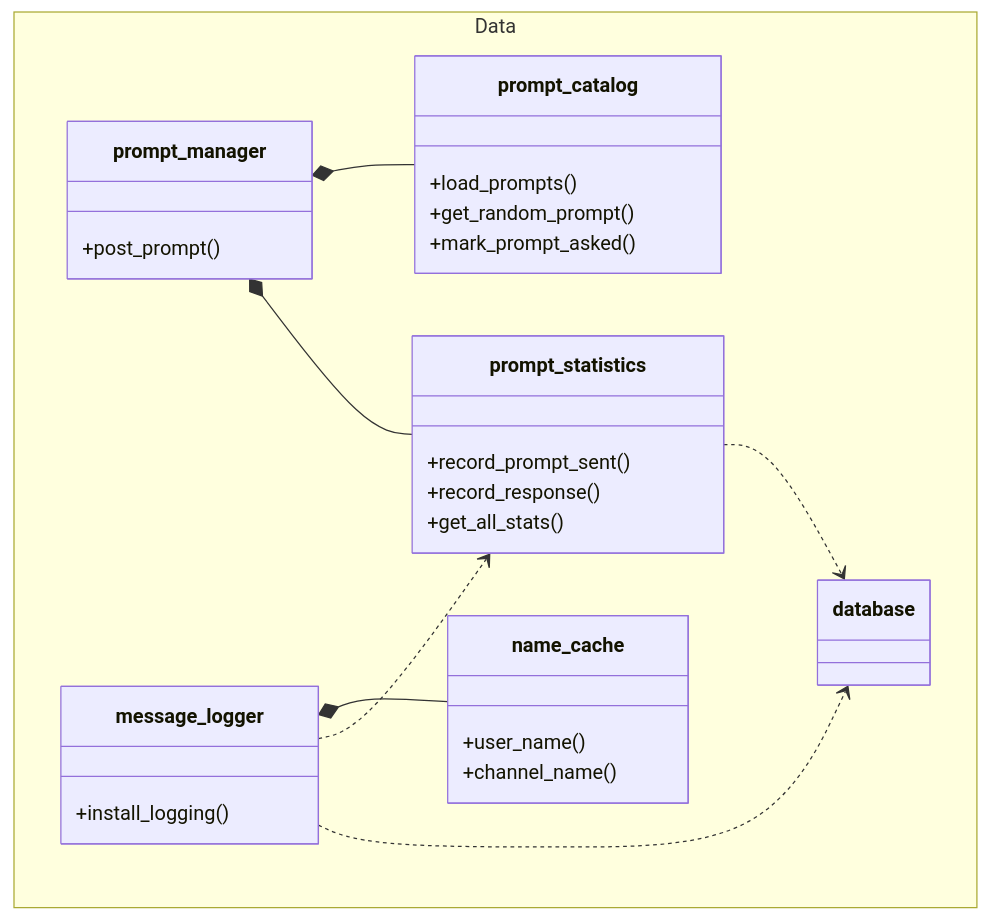
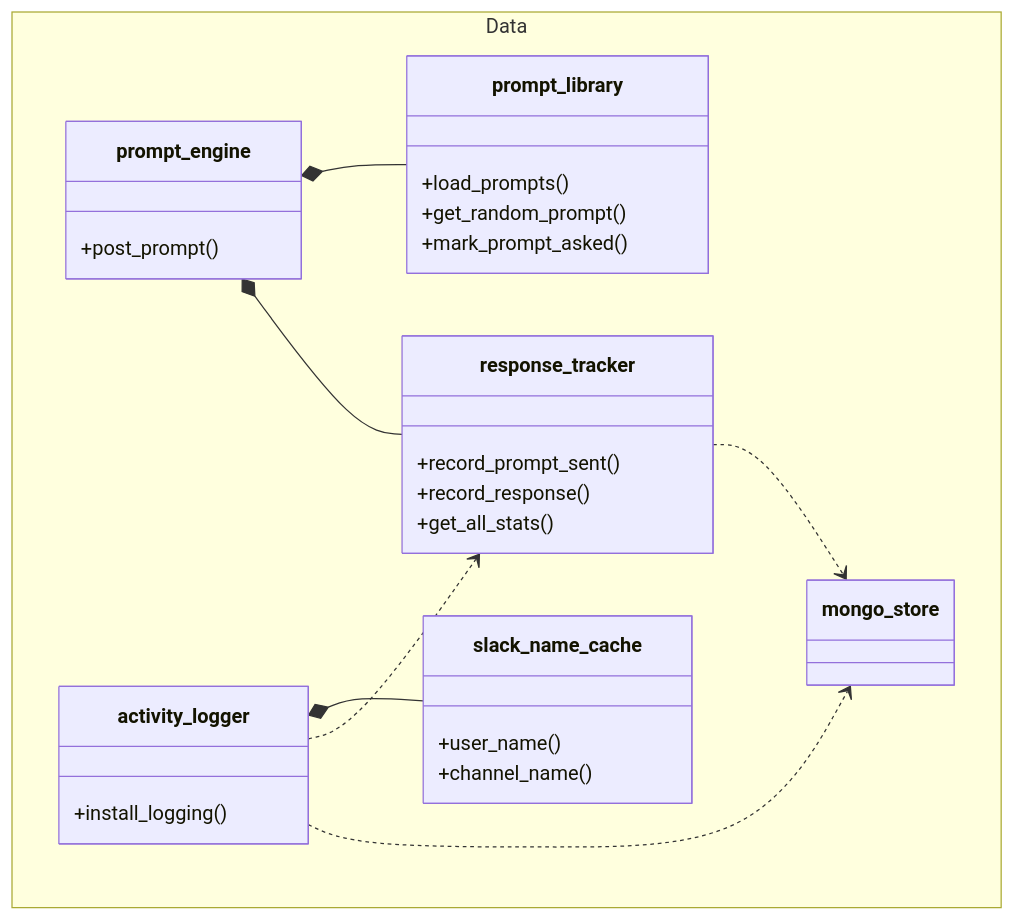
One commit to Capstone-Projects-2026-spring/project-bereal-chatbot changed the third of 4 diagrams in documentation/docs/system-architecture/class-diagram.md. Above: the diagram before and after it, drawn with Mermaid. The commit also changed other lines of this file, not shown here.

Commit message:
class diagram updated

````diff
--- a/documentation/docs/system-architecture/class-diagram.md
+++ b/documentation/docs/system-architecture/class-diagram.md
@@ -137,40 +137,40 @@
 ```mermaid
 classDiagram
 direction TB
     namespace Data {
-        class prompt_manager {
+        class prompt_engine {
             +post_prompt()
         }
 
-        class prompt_catalog {
+        class prompt_library {
             +load_prompts()
             +get_random_prompt()
             +mark_prompt_asked()
         }
 
-        class prompt_statistics {
+        class response_tracker {
             +record_prompt_sent()
             +record_response()
             +get_all_stats()
         }
 
-        class message_logger {
+        class activity_logger {
             +install_logging()
         }
 
-        class name_cache {
+        class slack_name_cache {
             +user_name()
             +channel_name()
         }
 
-        class database {
+        class mongo_store {
         }
     }
 
-    prompt_manager *-- prompt_catalog
-    prompt_manager *-- prompt_statistics
-    message_logger *-- name_cache
-    message_logger ..> prompt_statistics
-    message_logger ..> database
-    prompt_statistics ..> database
+    prompt_engine *-- prompt_library
+    prompt_engine *-- response_tracker
+    activity_logger *-- slack_name_cache
+    activity_logger ..> response_tracker
+    activity_logger ..> mongo_store
+    response_tracker ..> mongo_store
 ```
````
